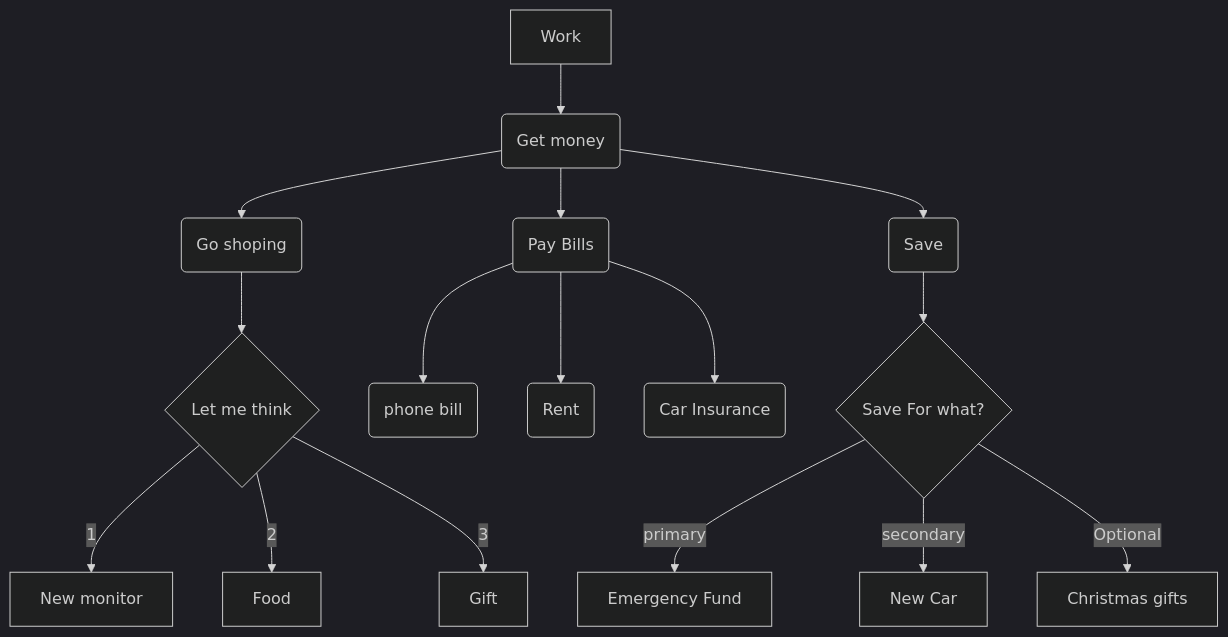
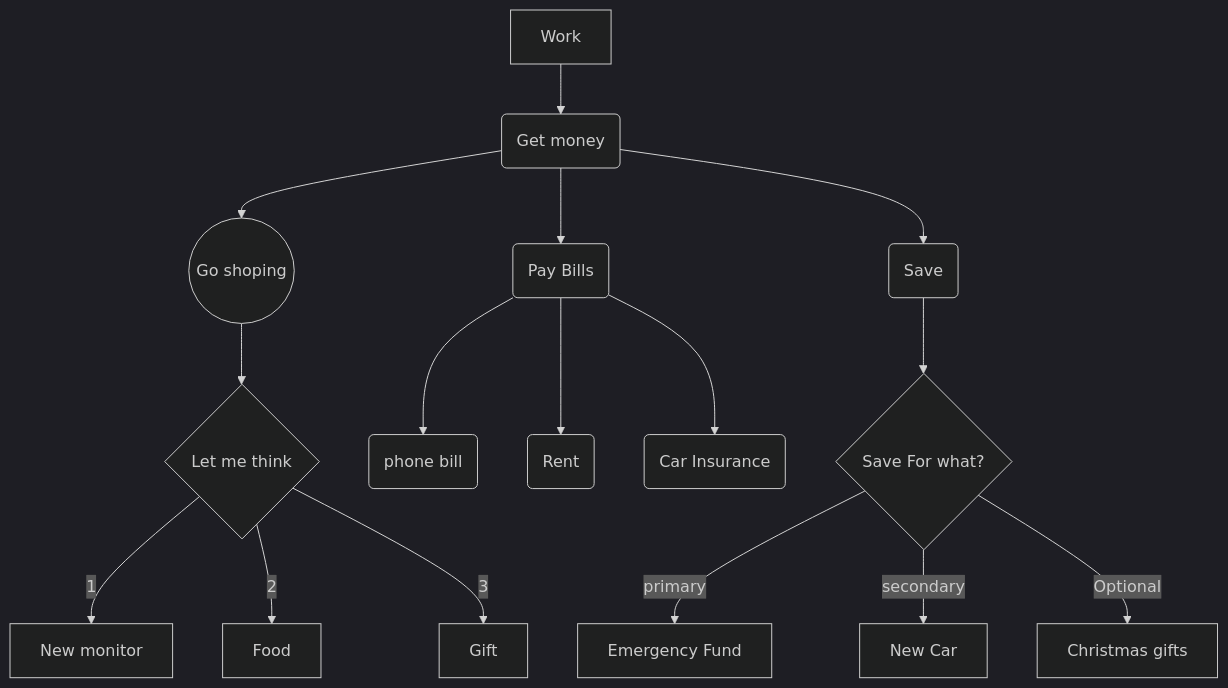
The diagram in Diagram.md (Epperezmoreno/epperezmoreno.github.io), drawn with Mermaid (dark theme) before and after one commit.

Commit message:
Update Diagram.md
trying different box shapes

````diff
--- a/Diagram.md
+++ b/Diagram.md
@@ -1,20 +1,20 @@
 ```mermaid
 flowchart TD 
 A[Work] -->B(Get money)
-B --> C(Go shoping)
+B --> C((Go shoping))
 B --> D(Pay Bills)
 B --> E(Save)
 C --> F{Let me think}
 F -->|1| G[New monitor]
 F -->|2| H[Food]
 F -->|3| I[Gift]
 
 D --> J(phone bill)
 D --> K(Rent)
 D --> M(Car Insurance)
 
 E --> N{Save For what?}
 N --> |primary| O[Emergency Fund]
 N --> |secondary| P[New Car]
 N --> |Optional| Q[Christmas gifts]
 ```
````
